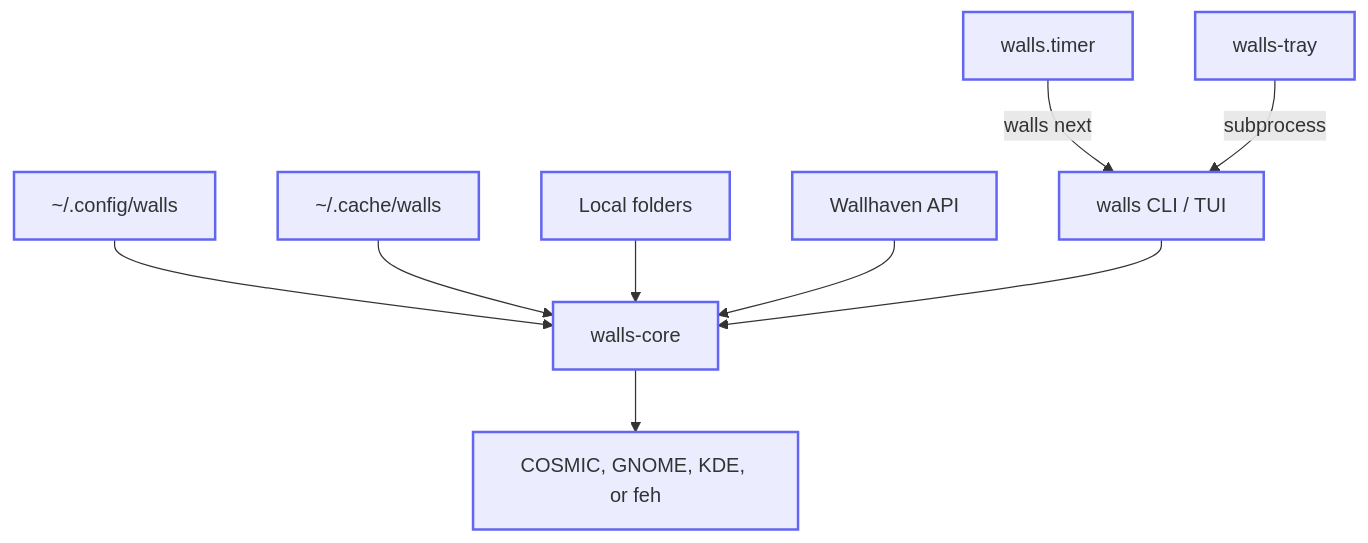
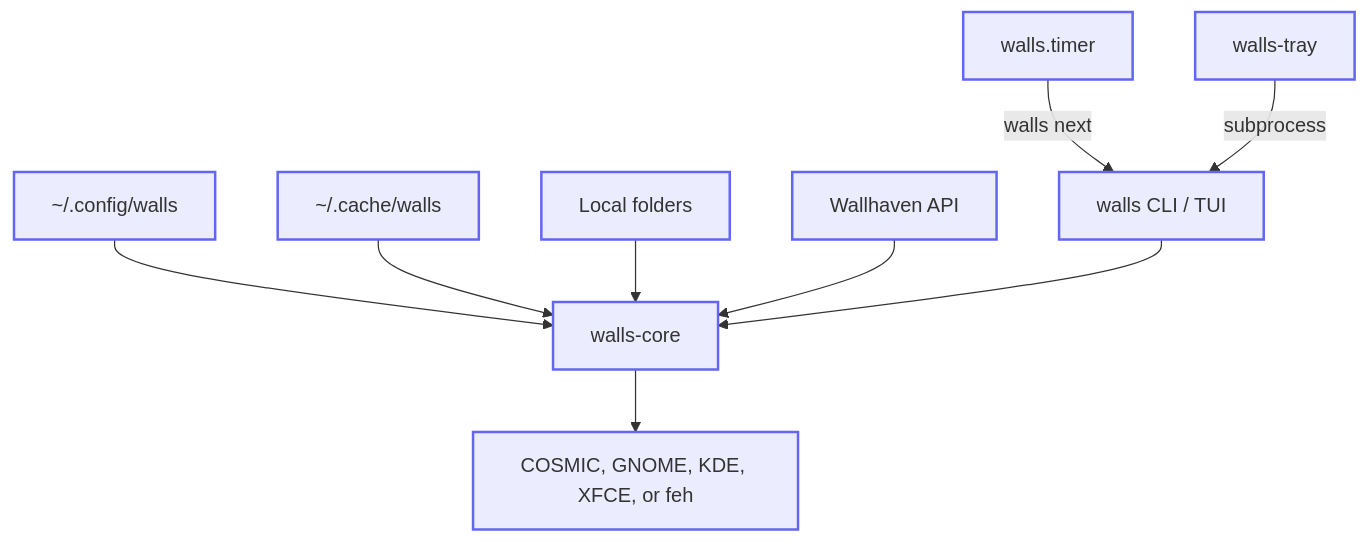
One commit to willfish/walls changed the diagram in docs/diagrams/architecture.mmd. Above: the diagram before and after it, drawn with Mermaid. The commit also changed 6 other files, not shown here.

First line of the commit message:
feat: add XFCE apply backend (#76)

```diff
--- a/docs/diagrams/architecture.mmd
+++ b/docs/diagrams/architecture.mmd
@@ -1,22 +1,22 @@
 flowchart TD
     CONFIG["~/.config/walls"]
     CACHE["~/.cache/walls"]
     LOCAL[Local folders]
     WH[Wallhaven API]
     TIMER[walls.timer]
     TRAY[walls-tray]
     CLI["walls CLI / TUI"]
     CORE[walls-core]
-    APPLY["COSMIC, GNOME, KDE, or feh"]
+    APPLY["COSMIC, GNOME, KDE, XFCE, or feh"]
 
     TIMER -->|walls next| CLI
     TRAY -->|subprocess| CLI
     CONFIG --> CORE
     CACHE --> CORE
     LOCAL --> CORE
     WH --> CORE
     CLI --> CORE
     CORE --> APPLY
 
     classDef box stroke:#6366f1,stroke-width:2px
     class CONFIG,CACHE,LOCAL,WH,TIMER,TRAY,CLI,CORE,APPLY box
```
